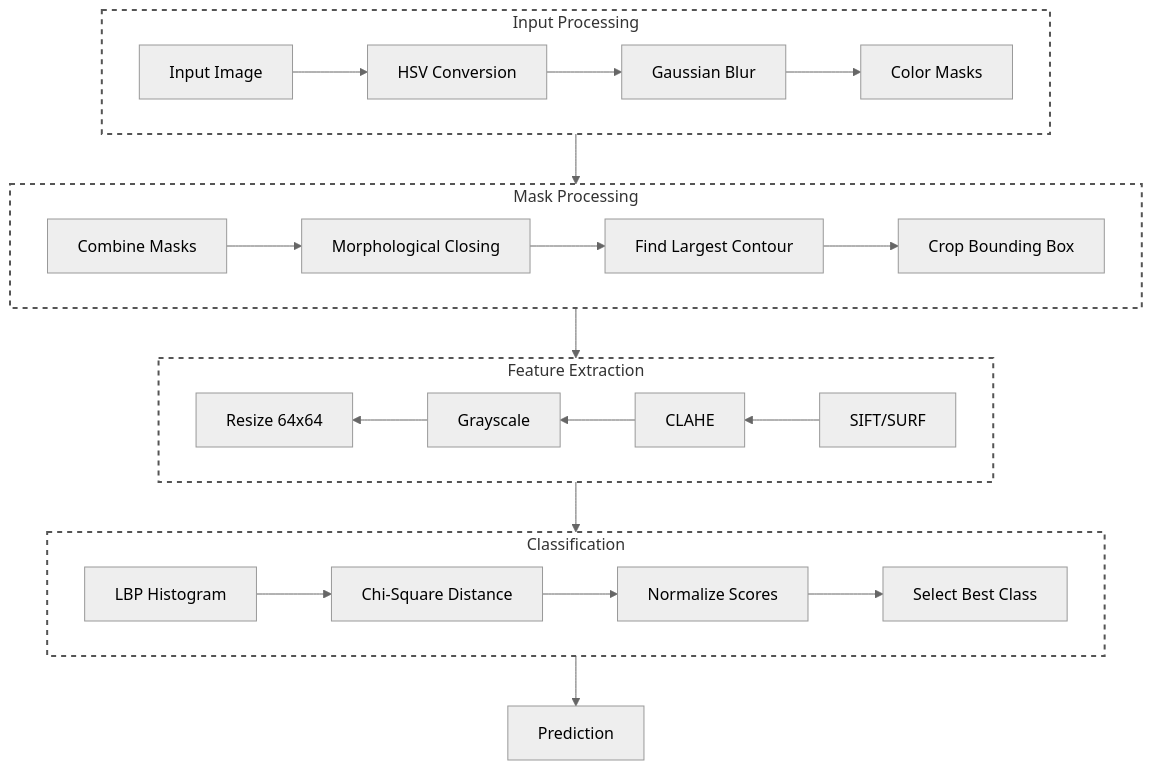
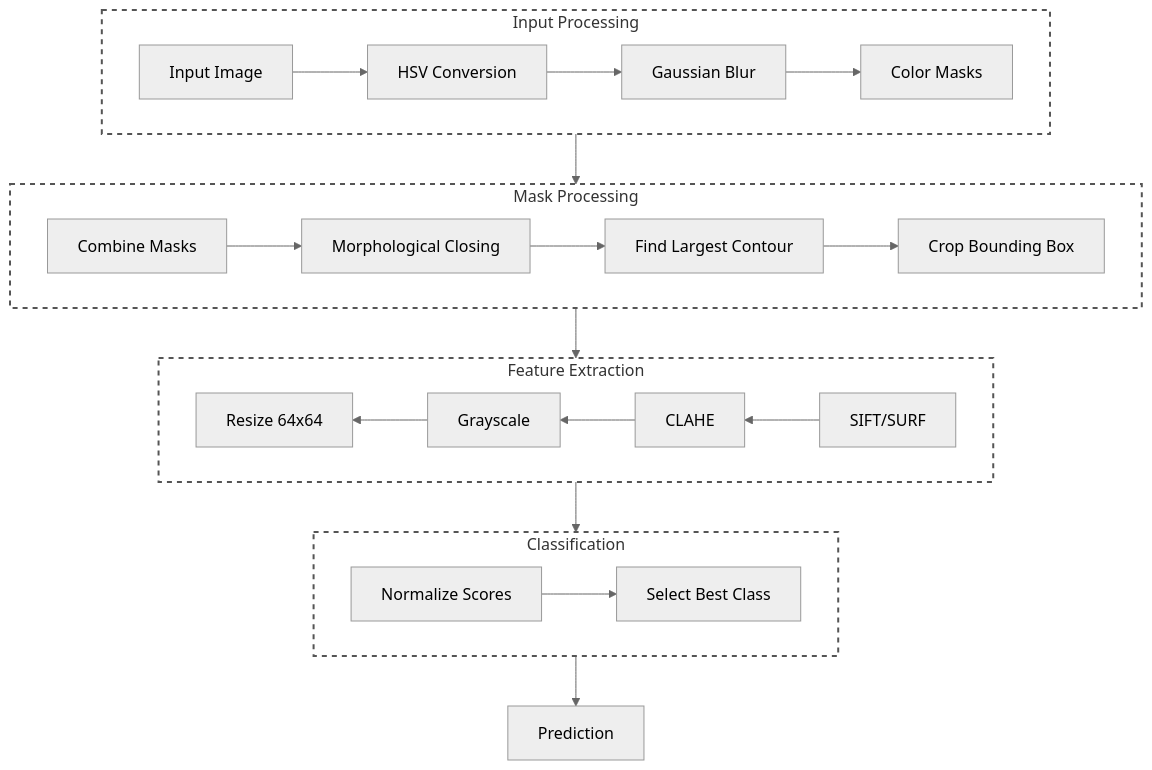
The diagram in README.md (M-besheer/CV-Traffic-sign), drawn with Mermaid (neutral theme) before and after one commit.

Commit message:
Update README with project details and instructions

````diff
--- a/README.md
+++ b/README.md
@@ -39,38 +39,38 @@
 ```mermaid
 flowchart TB
   %% Row 1 (Left to Right)
   subgraph R1 [Input Processing]
     direction LR
     A[Input Image] --> B[HSV Conversion] --> C[Gaussian Blur] --> D[Color Masks]
   end
 
   %% Row 2 (Left to Right)
   subgraph R2 [Mask Processing]
     direction LR
     E[Combine Masks] --> F[Morphological Closing] --> G[Find Largest Contour] --> H[Crop Bounding Box]
   end
 
   %% Row 3 (Right to Left)
   subgraph R3 [Feature Extraction]
     direction RL
     L[SIFT/SURF] --> K[CLAHE] --> J[Grayscale] --> I[Resize 64x64]
   end
 
   %% Row 4 (Left to Right)
   subgraph R4 [Classification]
     direction LR
-    M[LBP Histogram] --> N[Chi-Square Distance] --> O[Normalize Scores] --> P[Select Best Class]
+   O[Normalize Scores] --> P[Select Best Class]
   end
 
   %% Connecting the rows to create the snake effect
   D --> E
   H --> L
-  I --> M
+  I --> O
   P --> Q[Prediction]
   
   %% Optional styling to make it cleaner
   style R1 fill:transparent,stroke:#555,stroke-width:2px,stroke-dasharray: 5 5
   style R2 fill:transparent,stroke:#555,stroke-width:2px,stroke-dasharray: 5 5
   style R3 fill:transparent,stroke:#555,stroke-width:2px,stroke-dasharray: 5 5
   style R4 fill:transparent,stroke:#555,stroke-width:2px,stroke-dasharray: 5 5
 ```
````
